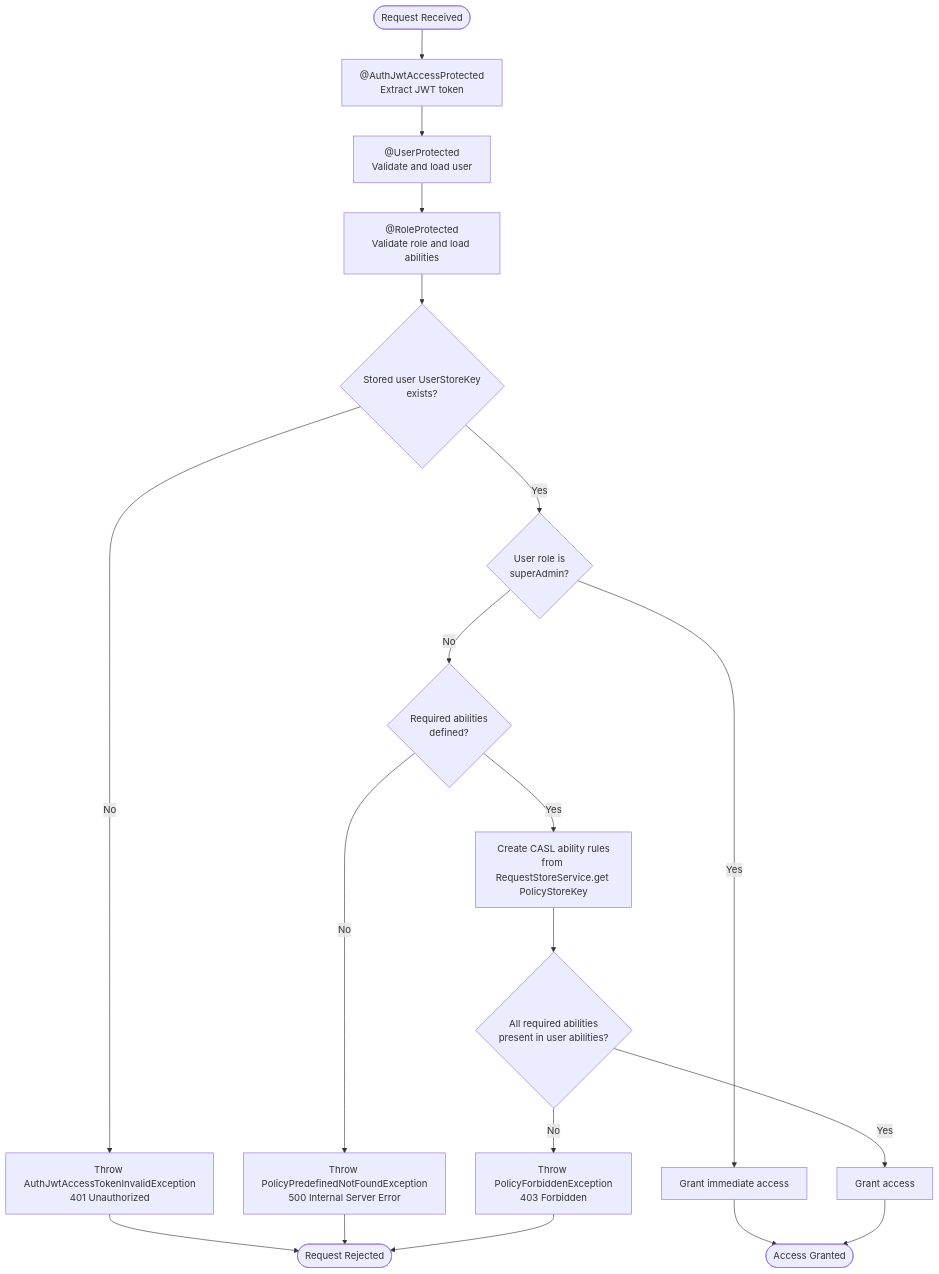
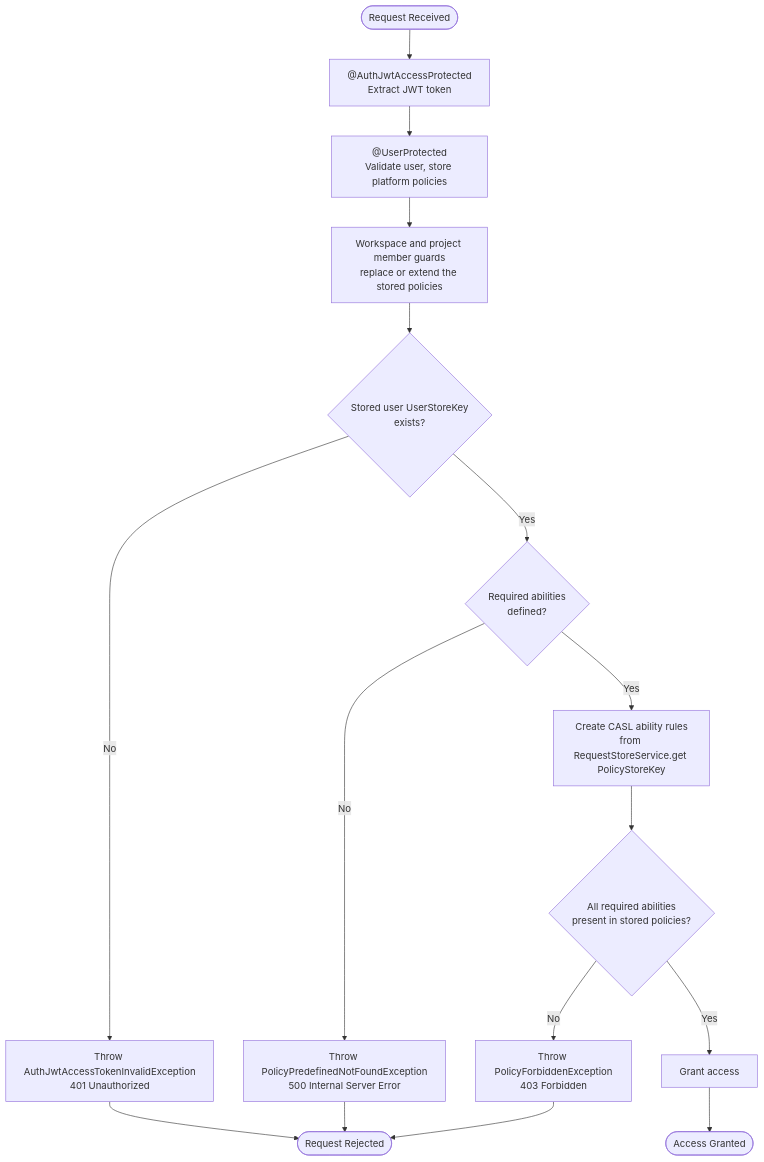
Before and after one commit to Gzerox/ack-nestjs-boilerplate: the third of 5 diagrams in docs/authorization.md, drawn with Mermaid. The commit also changed other lines of this file and 219 other files, not shown here.

````diff
--- a/docs/authorization.md
+++ b/docs/authorization.md
@@ -413,28 +343,24 @@
 ```mermaid
 flowchart TD
     Start([Request Received]) --> JwtGuard[ @AuthJwtAccessProtected<br/>Extract JWT token]
-    JwtGuard --> UserGuard[ @UserProtected<br/>Validate and load user]
-    UserGuard --> RoleGuard[ @RoleProtected<br/>Validate role and load abilities]
-    RoleGuard --> CheckUser{Stored user UserStoreKey<br/>exists?}
-    
+    JwtGuard --> UserGuard[ @UserProtected<br/>Validate user, store platform policies]
+    UserGuard --> Members[ Workspace and project member guards<br/>replace or extend the stored policies]
+    Members --> CheckUser{Stored user UserStoreKey<br/>exists?}
+
     CheckUser -->|No| ErrorUser[Throw AuthJwtAccessTokenInvalidException<br/>401 Unauthorized]
-    CheckUser -->|Yes| CheckSuperAdmin{User role is<br/>superAdmin?}
-    
-    CheckSuperAdmin -->|Yes| GrantSuperAdmin[Grant immediate access]
-    CheckSuperAdmin -->|No| CheckRequired{Required abilities<br/>defined?}
-    
+    CheckUser -->|Yes| CheckRequired{Required abilities<br/>defined?}
+
     CheckRequired -->|No| ErrorPredefined[Throw PolicyPredefinedNotFoundException<br/>500 Internal Server Error]
     CheckRequired -->|Yes| CreateAbilities[Create CASL ability rules<br/>from RequestStoreService.get PolicyStoreKey]
-    
-    CreateAbilities --> ValidateAbilities{All required abilities<br/>present in user abilities?}
-    
+
+    CreateAbilities --> ValidateAbilities{All required abilities<br/>present in stored policies?}
+
     ValidateAbilities -->|No| ErrorForbidden[Throw PolicyForbiddenException<br/>403 Forbidden]
     ValidateAbilities -->|Yes| GrantAccess[Grant access]
-    
-    GrantSuperAdmin --> Success([Access Granted])
-    GrantAccess --> Success
-    
+
+    GrantAccess --> Success([Access Granted])
+
     ErrorUser --> End([Request Rejected])
     ErrorPredefined --> End
     ErrorForbidden --> End
 ```
````
